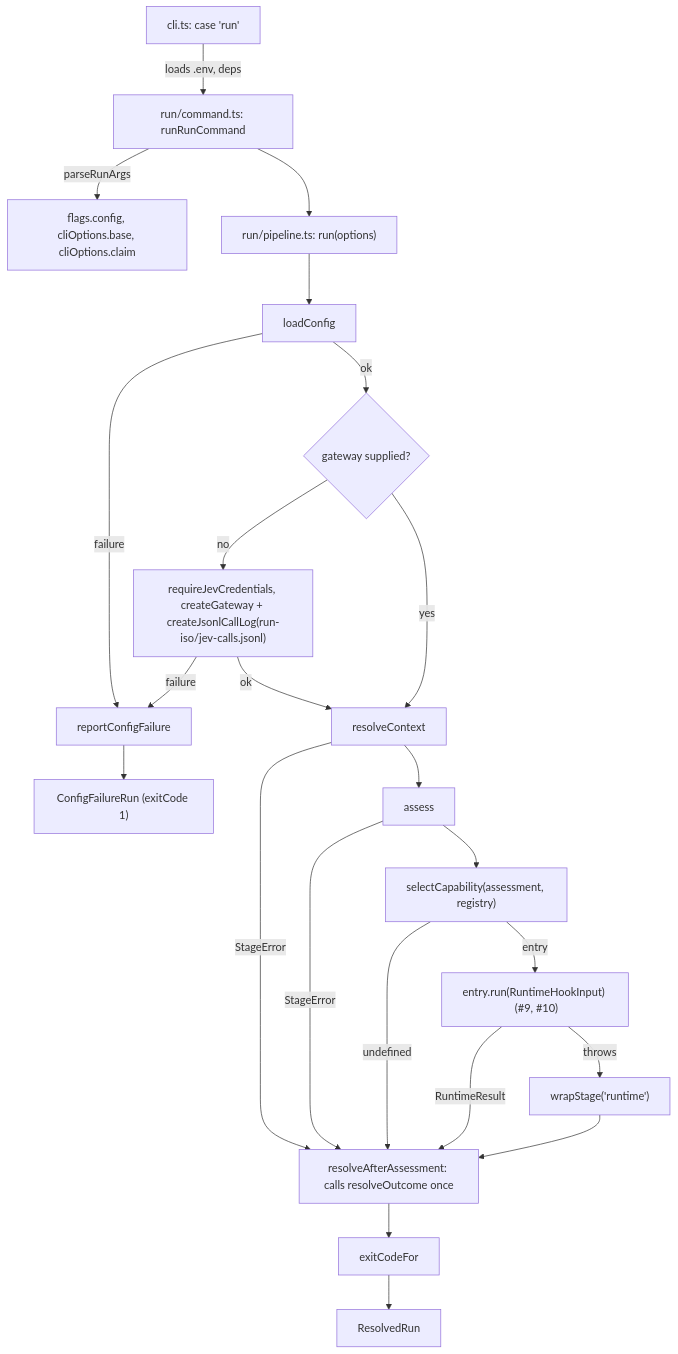
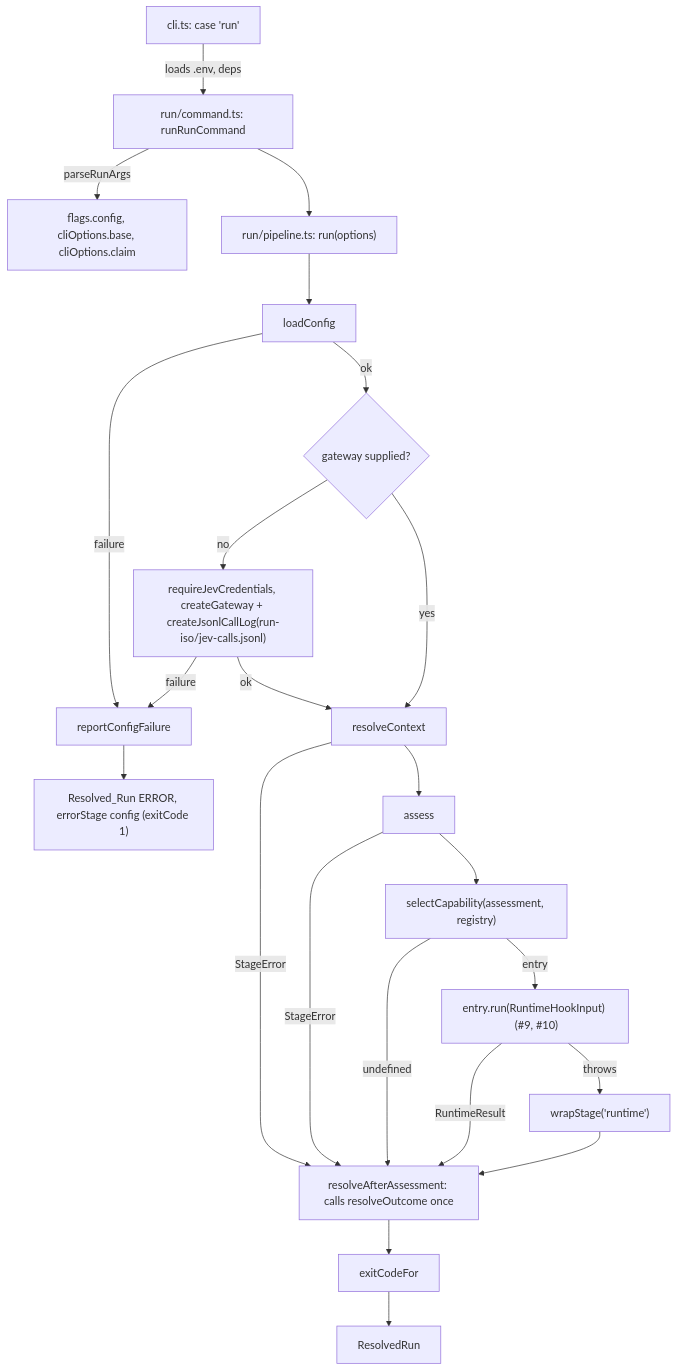
One commit to rfxlamia/ce changed the first of 2 diagrams in .kiro/specs/run-vertical-slice/design.md. Above: the diagram before and after it, drawn with Mermaid. The commit also changed other lines of this file and 12 other files, not shown here.

First line of the commit message:
fix(run): resolve config failures to ERROR via resolveOutcome (SPEC 7.1, #43 review)

````diff
--- a/.kiro/specs/run-vertical-slice/design.md
+++ b/.kiro/specs/run-vertical-slice/design.md
@@ -45,22 +45,22 @@
 ```mermaid
 flowchart TD
     CLI["cli.ts: case 'run'"] -->|loads .env, deps| CMD["run/command.ts: runRunCommand"]
     CMD -->|parseRunArgs| ARGS["flags.config, cliOptions.base, cliOptions.claim"]
     CMD --> RUN["run/pipeline.ts: run(options)"]
     RUN --> CFG["loadConfig"]
-    CFG -->|failure| RPT["reportConfigFailure"] --> CF["ConfigFailureRun (exitCode 1)"]
+    CFG -->|failure| RPT["reportConfigFailure"] --> CF["Resolved_Run ERROR, errorStage config (exitCode 1)"]
     CFG -->|ok| GW{"gateway supplied?"}
     GW -->|no| CRED["requireJevCredentials, createGateway + createJsonlCallLog(run-iso/jev-calls.jsonl)"]
     CRED -->|failure| RPT
     GW -->|yes| CTX
     CRED -->|ok| CTX["resolveContext"]
     CTX -->|StageError| RES
     CTX --> ASM["assess"]
     ASM -->|StageError| RES
     ASM --> SEL["selectCapability(assessment, registry)"]
     SEL -->|undefined| RES
     SEL -->|entry| HOOK["entry.run(RuntimeHookInput)  (#9, #10)"]
     HOOK -->|RuntimeResult| RES
     HOOK -->|throws| WRAP["wrapStage('runtime')"] --> RES
     RES["resolveAfterAssessment: calls resolveOutcome once"] --> EXIT["exitCodeFor"] --> RR["ResolvedRun"]
 ```
````
